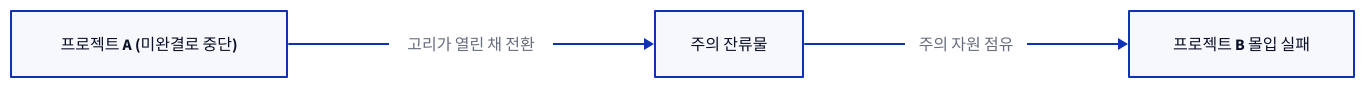
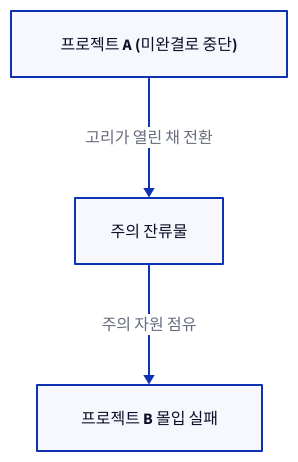
One commit to IndiaInk10/nobodxyz-brain changed the first of 2 diagrams in content/time-management/task-switching.md. Above: the diagram before and after it, drawn with D2. The commit also changed 7 other files, not shown here.

````diff
--- a/content/time-management/task-switching.md
+++ b/content/time-management/task-switching.md
@@ -35,8 +35,8 @@
 ```d2
-direction: right
+direction: down
 a: "프로젝트 A (미완결로 중단)"
 r: "주의 잔류물" { class: bad }
 b: "프로젝트 B 몰입 실패" { class: bad }
 a -> r: "고리가 열린 채 전환"
 r -> b: "주의 자원 점유"
 ```
````
